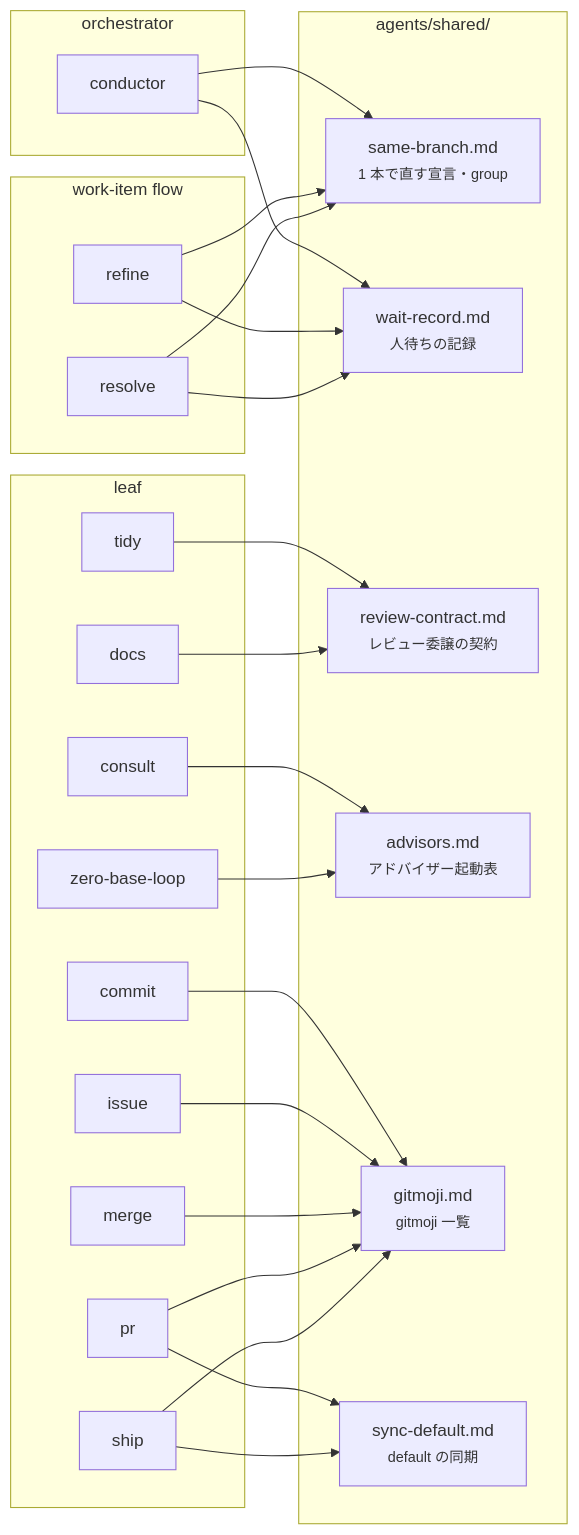
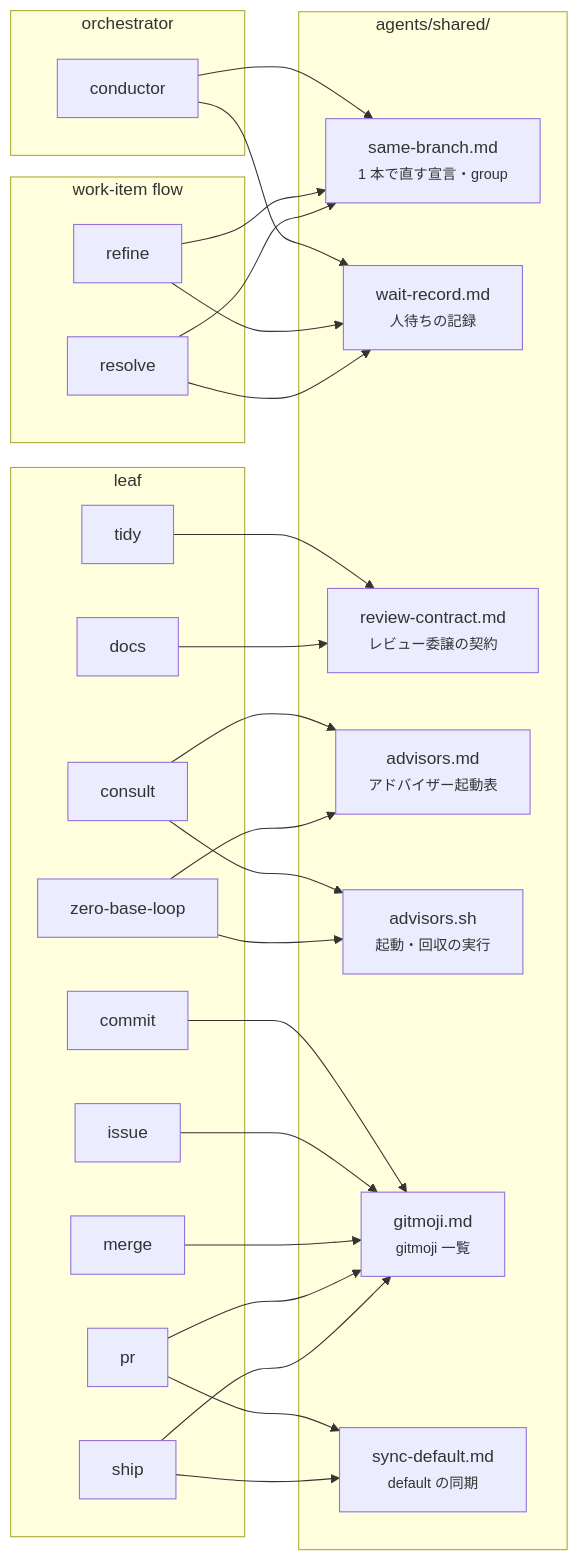
The third of 3 diagrams in agents/docs/structure.md (usagizmo/agentfiles), drawn with Mermaid before and after one commit. The commit also changed other lines of this file and 10 other files, not shown here.

````diff
--- a/agents/docs/structure.md
+++ b/agents/docs/structure.md
@@ -80,47 +81,50 @@
 ```mermaid
 flowchart LR
     subgraph orch["orchestrator"]
         CO[conductor]
     end
     subgraph flow["work-item flow"]
         RF[refine]
         RS[resolve]
     end
     subgraph leaf["leaf"]
         CS[consult]
         ZB[zero-base-loop]
         TD[tidy]
         DC[docs]
         CM[commit]
         IS[issue]
         MG[merge]
         PR[pr]
         SH[ship]
     end
     subgraph shared["agents/shared/"]
         SB["same-branch.md<br/><small>1 本で直す宣言・group</small>"]
         WR["wait-record.md<br/><small>人待ちの記録</small>"]
         RC["review-contract.md<br/><small>レビュー委譲の契約</small>"]
         AD["advisors.md<br/><small>アドバイザー起動表</small>"]
+        AS["advisors.sh<br/><small>起動・回収の実行</small>"]
         GM["gitmoji.md<br/><small>gitmoji 一覧</small>"]
         SD["sync-default.md<br/><small>default の同期</small>"]
     end
 
     CO --> SB
     CO --> WR
     RF --> SB
     RF --> WR
     RS --> SB
     RS --> WR
     CS --> AD
+    CS --> AS
     ZB --> AD
+    ZB --> AS
     TD --> RC
     DC --> RC
     CM --> GM
     IS --> GM
     MG --> GM
     PR --> GM
     SH --> GM
     PR --> SD
     SH --> SD
 ```
````
